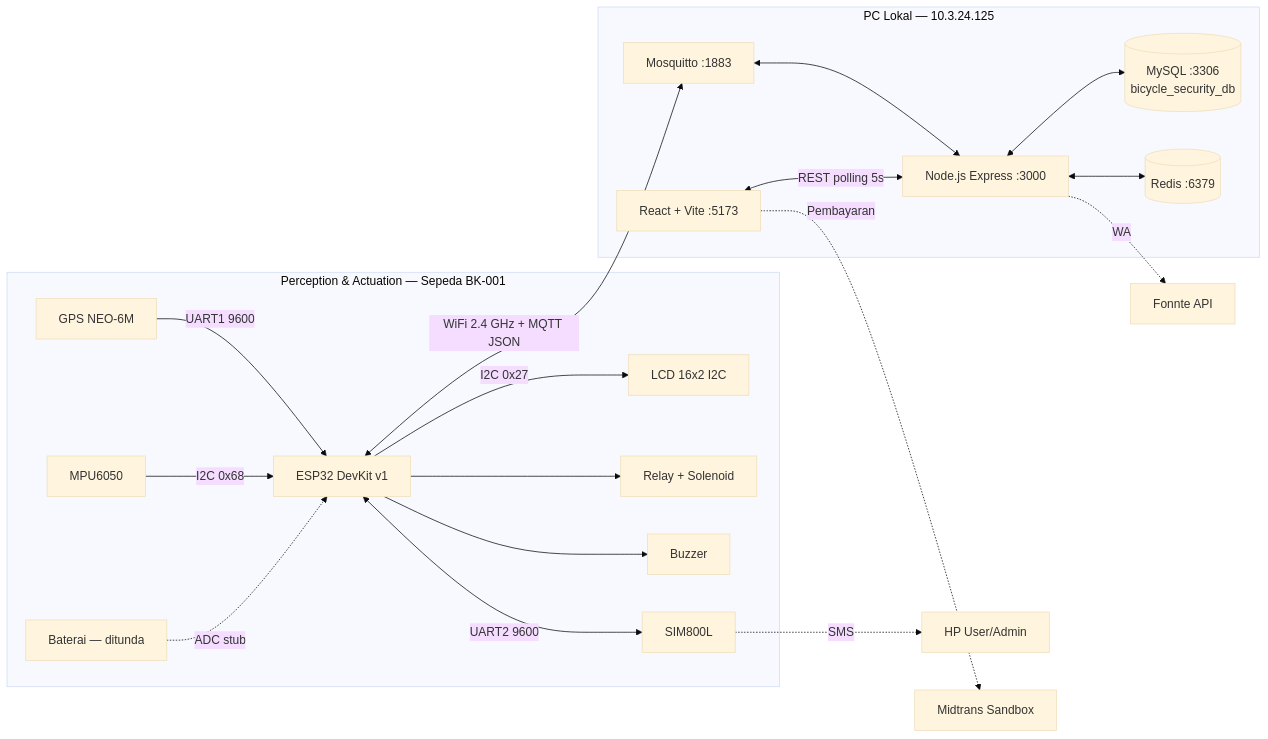
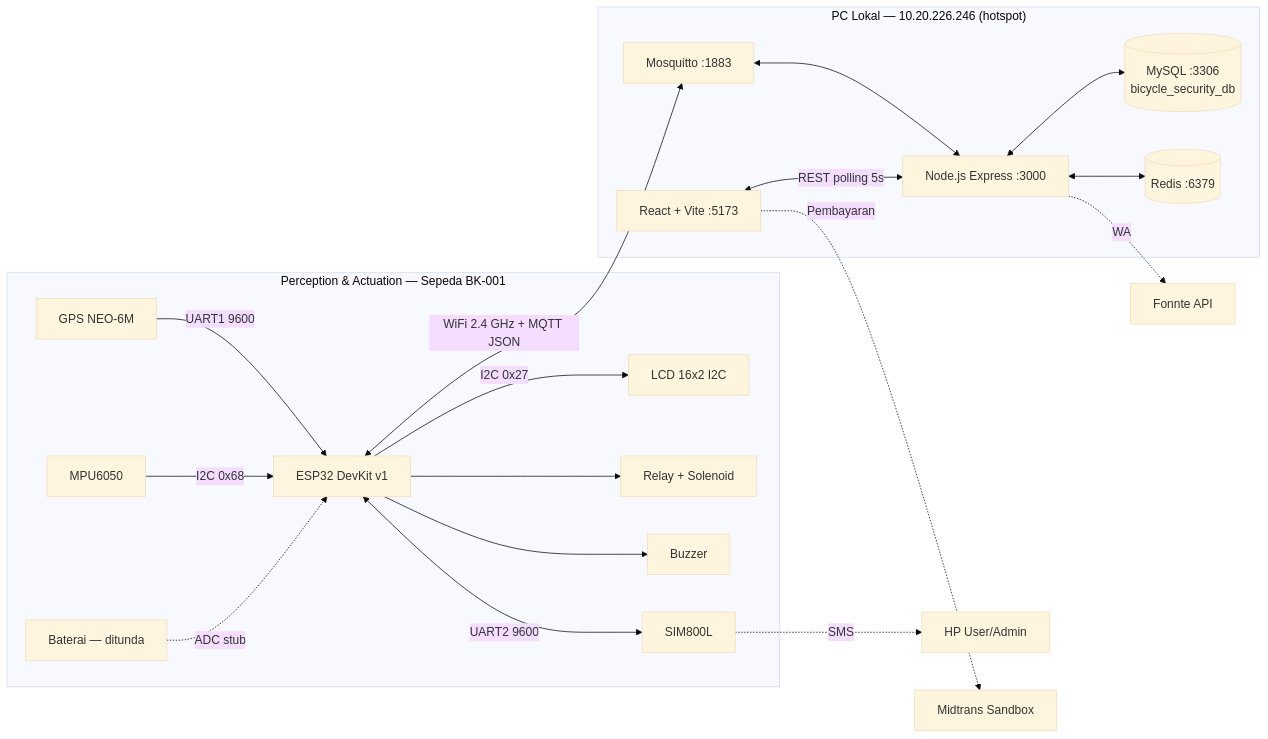
One commit to rizkyadde23/Trabass_IoT_Firmware changed the diagram in konteks.md. Above: the diagram before and after it, drawn with Mermaid (base theme). The commit also changed other lines of this file and 8 other files, not shown here.

````diff
--- a/konteks.md
+++ b/konteks.md
@@ -47,38 +49,38 @@
 ```mermaid
 flowchart LR
     subgraph BIKE["Perception & Actuation — Sepeda BK-001"]
         ESP[ESP32 DevKit v1]
         GPS[GPS NEO-6M]
         MPU[MPU6050]
         BAT[Baterai — ditunda]
         LCD[LCD 16x2 I2C]
         REL[Relay + Solenoid]
         BZ[Buzzer]
         SIM[SIM800L]
         GPS -->|UART1 9600| ESP
         MPU -->|I2C 0x68| ESP
         BAT -.->|ADC stub| ESP
         ESP -->|I2C 0x27| LCD
         ESP --> REL
         ESP --> BZ
         ESP <-->|UART2 9600| SIM
     end
 
-    subgraph PC["PC Lokal — 10.3.24.125"]
+    subgraph PC["PC Lokal — 10.20.226.246 (hotspot)"]
         MQ[Mosquitto :1883]
         BE[Node.js Express :3000]
         MY[(MySQL :3306<br/>bicycle_security_db)]
         RD[(Redis :6379)]
         FE[React + Vite :5173]
     end
 
     ESP <-->|WiFi 2.4 GHz + MQTT JSON| MQ
     MQ <--> BE
     BE <--> MY
     BE <--> RD
     FE <-->|REST polling 5s| BE
 
     SIM -.->|SMS| HP[HP User/Admin]
     BE -.->|WA| FONNTE[Fonnte API]
     FE -.->|Pembayaran| MID[Midtrans Sandbox]
 ```
````
